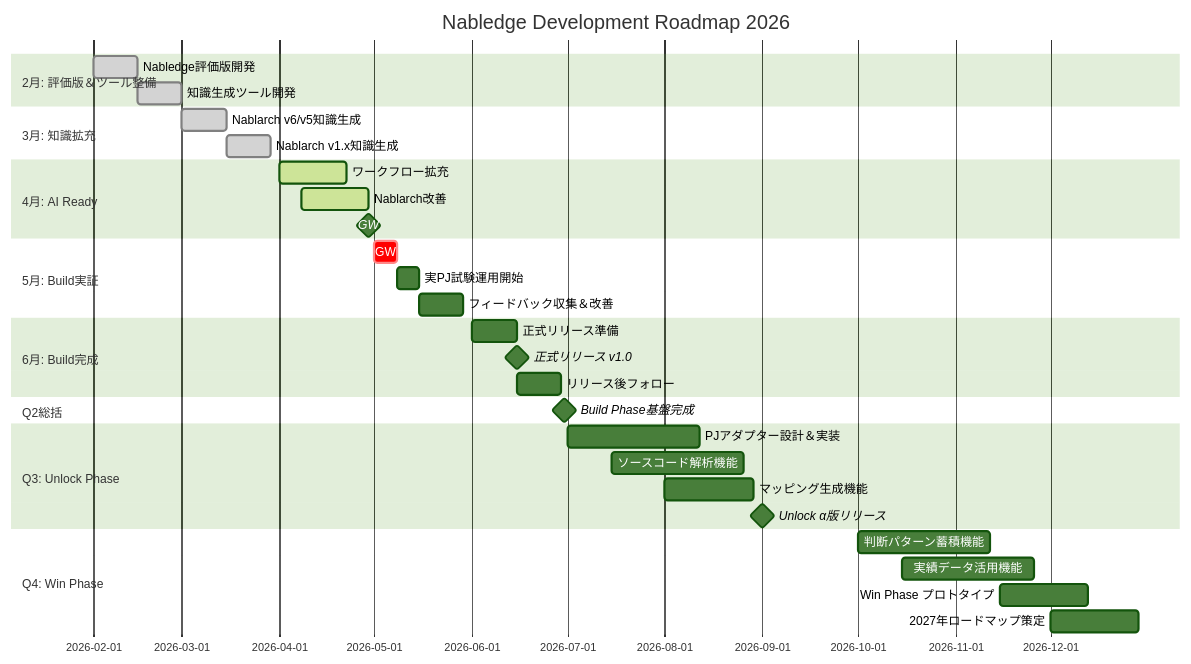
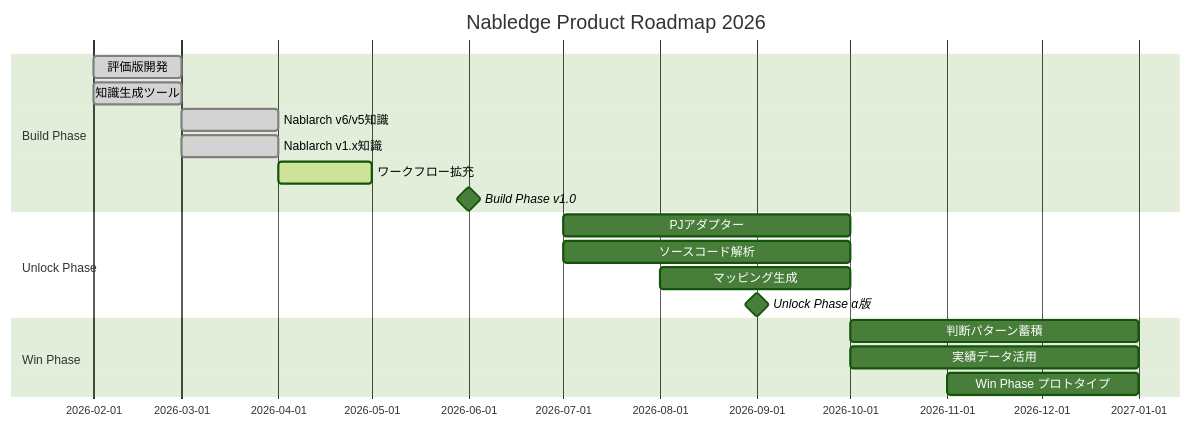
The diagram in doc/development-status.md (nablarch/nabledge-dev), drawn with Mermaid (forest theme) before and after one commit. The commit also changed other lines of this file, not shown here.

Commit message:
Simplify roadmap to focus on product development
Changes:
- Use monthly view instead of weekly for better clarity
- Remove project application details (trial, feedback, etc.)
- Focus on product features and capabilities
- Show 3-phase approach clearly: Build → Unlock → Win
- Highlight key milestones: v1.0 (Jun), Unlock α (Sep)

Roadmap now shows what we're building, not how we're testing it.

````diff
--- a/doc/development-status.md
+++ b/doc/development-status.md
@@ -19,43 +19,24 @@
 ```mermaid
 gantt
-    title Nabledge Development Roadmap 2026
-    dateFormat YYYY-MM-DD
+    title Nabledge Product Roadmap 2026
+    dateFormat YYYY-MM
 
-    section 2月: 評価版＆ツール整備
-    Nabledge評価版開発         :done, feb1, 2026-02-01, 2w
-    知識生成ツール開発         :done, feb3, 2026-02-15, 2w
+    section Build Phase
+    評価版開発                :done, 2026-02, 1M
+    知識生成ツール            :done, 2026-02, 1M
+    Nablarch v6/v5知識       :done, 2026-03, 1M
+    Nablarch v1.x知識        :done, 2026-03, 1M
+    ワークフロー拡充          :active, 2026-04, 1M
+    Build Phase v1.0        :milestone, 2026-06, 0M
 
-    section 3月: 知識拡充
-    Nablarch v6/v5知識生成     :done, mar1, 2026-03-01, 2w
-    Nablarch v1.x知識生成      :done, mar3, 2026-03-15, 2w
+    section Unlock Phase
+    PJアダプター             :2026-07, 3M
+    ソースコード解析          :2026-07, 3M
+    マッピング生成           :2026-08, 2M
+    Unlock Phase α版        :milestone, 2026-09, 0M
 
-    section 4月: AI Ready
-    ワークフロー拡充           :active, apr1, 2026-04-01, 3w
-    Nablarch改善              :active, apr2, 2026-04-08, 3w
-    GW                       :milestone, 2026-04-29, 0d
-
-    section 5月: Build実証
-    GW                       :crit, may0, 2026-05-01, 1w
-    実PJ試験運用開始           :may2, 2026-05-08, 1w
-    フィードバック収集＆改善    :may3, 2026-05-15, 2w
-
-    section 6月: Build完成
-    正式リリース準備           :jun1, 2026-06-01, 2w
-    正式リリース v1.0         :milestone, 2026-06-15, 0d
-    リリース後フォロー         :jun3, 2026-06-15, 2w
-
-    section Q2総括
-    Build Phase基盤完成       :milestone, 2026-06-30, 0d
-
-    section Q3: Unlock Phase
-    PJアダプター設計＆実装     :q3_1, 2026-07-01, 6w
-    ソースコード解析機能       :q3_2, 2026-07-15, 6w
-    マッピング生成機能         :q3_3, 2026-08-01, 4w
-    Unlock α版リリース        :milestone, 2026-09-01, 0d
-
-    section Q4: Win Phase
-    判断パターン蓄積機能       :q4_1, 2026-10-01, 6w
-    実績データ活用機能         :q4_2, 2026-10-15, 6w
-    Win Phase プロトタイプ    :q4_3, 2026-11-15, 4w
-    2027年ロードマップ策定     :q4_4, 2026-12-01, 4w
+    section Win Phase
+    判断パターン蓄積          :2026-10, 3M
+    実績データ活用           :2026-10, 3M
+    Win Phase プロトタイプ   :2026-11, 2M
 ```
````
